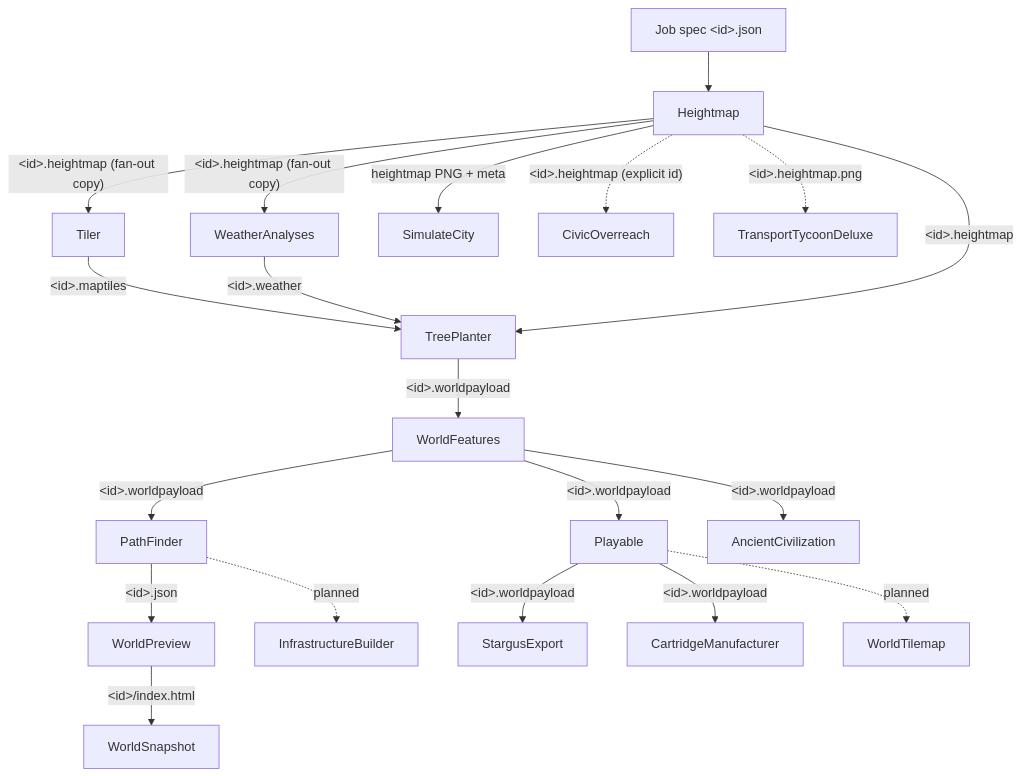
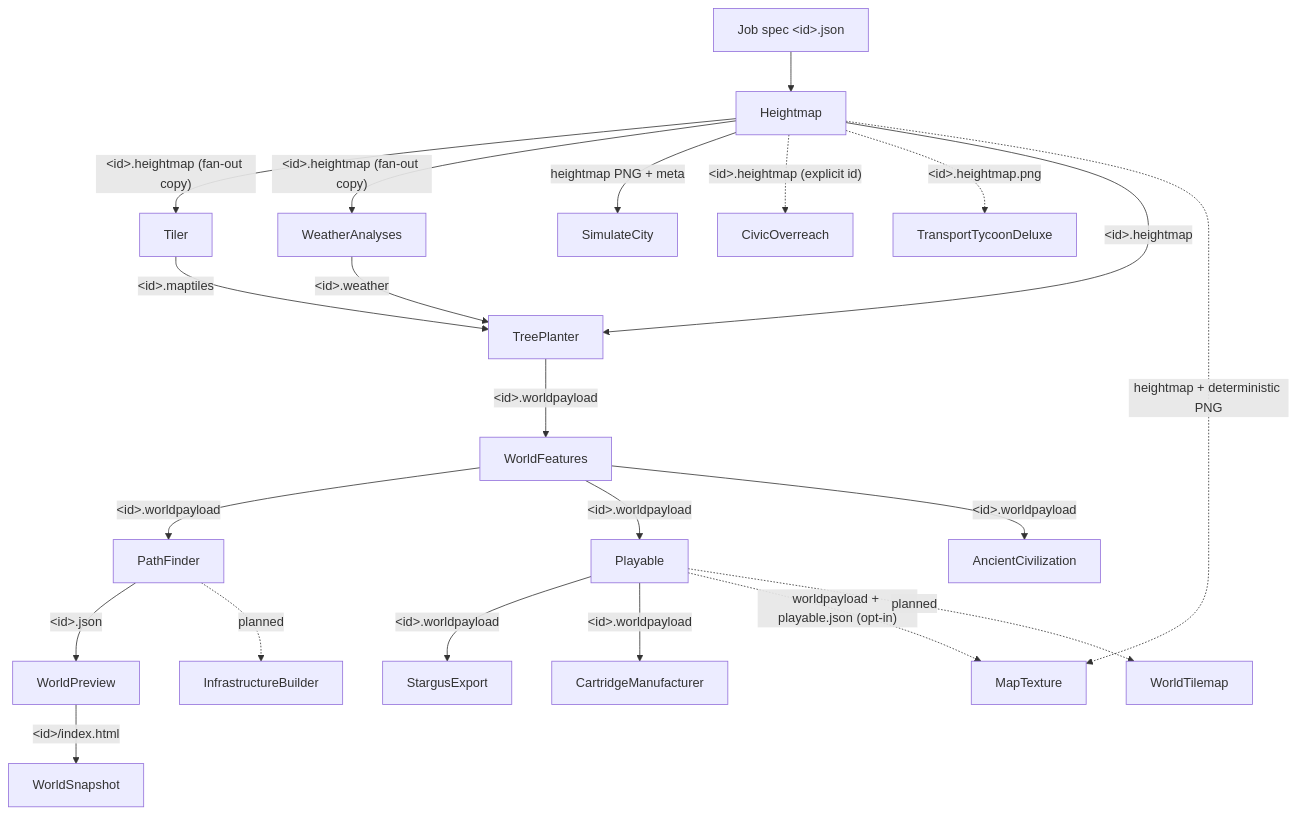
Before and after one commit to CraigThomasParsons/RTSColonyTerrainGenerator: the diagram in docs/baseline/pipeline-graph.md, drawn with Mermaid. The commit also changed other lines of this file and 271 other files, not shown here.

````diff
--- a/docs/baseline/pipeline-graph.md
+++ b/docs/baseline/pipeline-graph.md
@@ -7,29 +7,31 @@
 ```mermaid
 graph TD
   JOB["Job spec &lt;id&gt;.json"] --> HM[Heightmap]
 
   HM -->|"&lt;id&gt;.heightmap (fan-out copy)"| TIL[Tiler]
   HM -->|"&lt;id&gt;.heightmap (fan-out copy)"| WEA[WeatherAnalyses]
   HM -->|"heightmap PNG + meta"| SIM[SimulateCity]
   HM -.->|"&lt;id&gt;.heightmap (explicit id)"| CIV[CivicOverreach]
   HM -.->|"&lt;id&gt;.heightmap.png"| TTD[TransportTycoonDeluxe]
 
   TIL -->|"&lt;id&gt;.maptiles"| TP[TreePlanter]
   WEA -->|"&lt;id&gt;.weather"| TP
   HM  -->|"&lt;id&gt;.heightmap"| TP
 
   TP -->|"&lt;id&gt;.worldpayload"| WF[WorldFeatures]
 
   WF -->|"&lt;id&gt;.worldpayload"| PF[PathFinder]
   WF -->|"&lt;id&gt;.worldpayload"| PLAY[Playable]
   WF -->|"&lt;id&gt;.worldpayload"| AC[AncientCivilization]
 
   PF -->|"&lt;id&gt;.json"| WP[WorldPreview]
   PF -.->|"planned"| IB[InfrastructureBuilder]
 
   PLAY -->|"&lt;id&gt;.worldpayload"| SE[StargusExport]
   PLAY -->|"&lt;id&gt;.worldpayload"| CM[CartridgeManufacturer]
+  HM -.->|"heightmap + deterministic PNG"| MT[MapTexture]
+  PLAY -.->|"worldpayload + playable.json (opt-in)"| MT
   PLAY -.->|"planned"| WT[WorldTilemap]
 
   WP -->|"&lt;id&gt;/index.html"| WS[WorldSnapshot]
 ```
````
